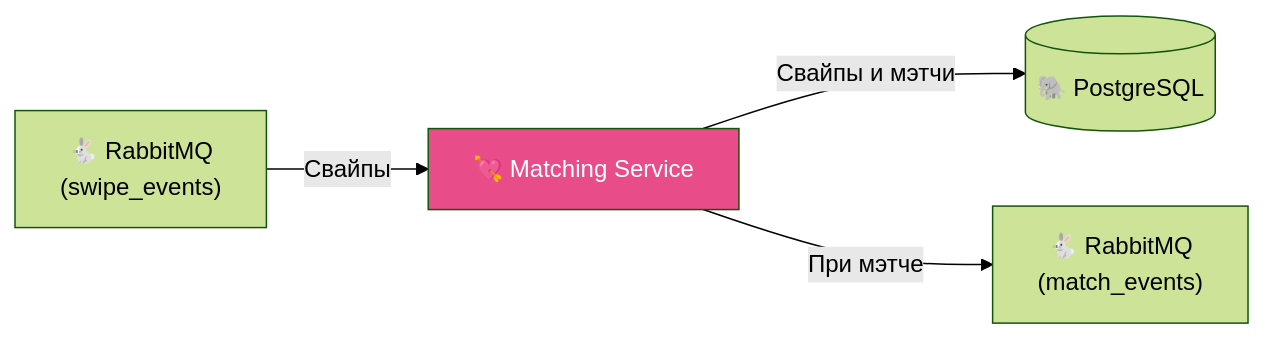
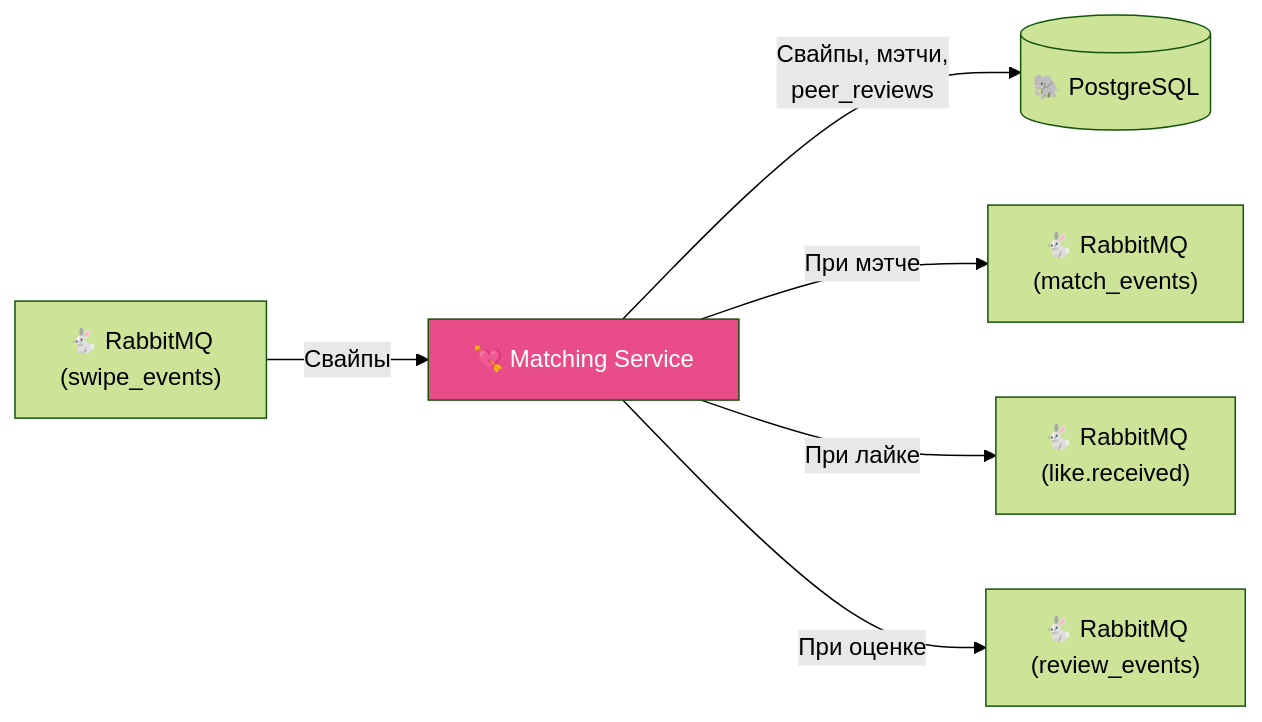
Before and after one commit to UsachovaUlyana/ulsu: the sixth of 8 diagrams in docs/services.md, drawn with Mermaid (forest theme). The commit also changed other lines of this file and 184 other files, not shown here.

````diff
--- a/docs/services.md
+++ b/docs/services.md
@@ -239,13 +287,17 @@
 ```mermaid
 graph LR
     RMQ_IN["🐇 RabbitMQ<br/>(swipe_events)"]
     MATCH["💘 Matching Service"]
     PG[("🐘 PostgreSQL")]
-    RMQ_OUT["🐇 RabbitMQ<br/>(match_events)"]
+    RMQ_OUT1["🐇 RabbitMQ<br/>(match_events)"]
+    RMQ_OUT2["🐇 RabbitMQ<br/>(like.received)"]
+    RMQ_OUT3["🐇 RabbitMQ<br/>(review_events)"]
 
     RMQ_IN -->|"Свайпы"| MATCH
-    MATCH -->|"Свайпы и мэтчи"| PG
-    MATCH -->|"При мэтче"| RMQ_OUT
+    MATCH -->|"Свайпы, мэтчи,<br/>peer_reviews"| PG
+    MATCH -->|"При мэтче"| RMQ_OUT1
+    MATCH -->|"При лайке"| RMQ_OUT2
+    MATCH -->|"При оценке"| RMQ_OUT3
 
     style MATCH fill:#e84d8a,color:#fff
 ```
````
